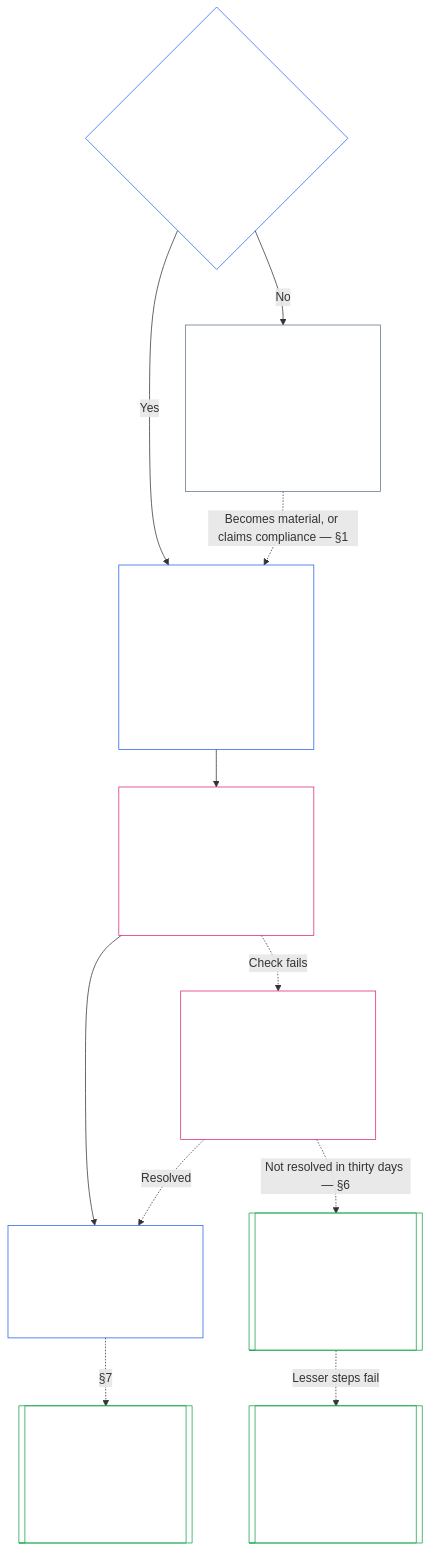
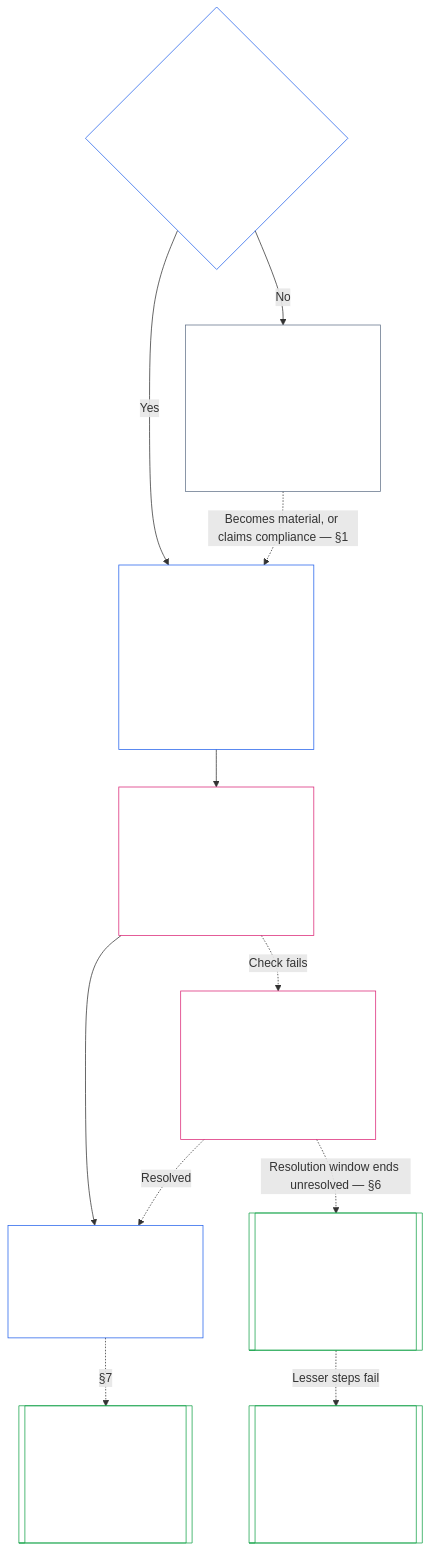
The diagram in core_07_charters.md (kfoelsch/Sentient_Constitution), drawn with Mermaid before and after one commit. The commit also changed other lines of this file and 31 other files, not shown here.

````diff
--- a/core_07_charters.md
+++ b/core_07_charters.md
@@ -176,31 +194,31 @@
 ```mermaid
 flowchart TB
     Q{"Material to others?<br/>Class L or higher — §1<br/><br/>Nobody needs permission to form — §2"}
     C["Publish its System Charter or<br/>Institutional Charter — §3, §4<br/><br/>Purpose, limits, who relies on it,<br/>who changes it, who holds each seat"]
     H["Publish the office-holder statement — §5<br/><br/>Who holds the key offices, who controls<br/>them, how they are rewarded"]
     K["Keep it true — §7<br/><br/>Review on schedule<br/>Fix any mismatch in the open"]
     X[["Chapter Nine — Alignment certification<br/><br/>Checks the scope against real operation<br/><br/>Outside this chapter"]]
     P["Class P: a System Charter or<br/>Institutional Charter is voluntary<br/><br/>Publishing one creates no duty<br/>under this chapter"]
-    F["A holder fails the check — §6<br/><br/>Replace that sentient, not the Chartered Party<br/>A week to answer, thirty days to resolve it"]
+    F["A holder fails the check — §6<br/><br/>Replace that sentient, not the Chartered Party<br/>A short window to answer,<br/>a longer one to resolve it"]
     R[["CI-13 — Consequence review<br/><br/>Lightest step that protects others<br/><br/>Outside this chapter"]]
     E[["CI-13 — Contract below Class L, or dissolve<br/><br/>Dissolution only as a last step<br/><br/>Outside this chapter"]]
     Q -->|"Yes"| C
     Q -->|"No"| P
     P -.->|"Becomes material, or claims compliance — §1"| C
     C --> H
     H --> K
     H -.->|"Check fails"| F
     F -.->|"Resolved"| K
-    F -.->|"Not resolved in thirty days — §6"| R
+    F -.->|"Resolution window ends unresolved — §6"| R
     R -.->|"Lesser steps fail"| E
     K -.->|"§7"| X
     style Q fill:none,stroke:#2563eb,color:#ffffff
     style C fill:none,stroke:#2563eb,color:#ffffff
     style H fill:none,stroke:#db2777,color:#ffffff
     style K fill:none,stroke:#2563eb,color:#ffffff
     style X fill:none,stroke:#16a34a,color:#ffffff
     style P fill:none,stroke:#64748b,color:#ffffff
     style F fill:none,stroke:#db2777,color:#ffffff
     style R fill:none,stroke:#16a34a,color:#ffffff
     style E fill:none,stroke:#16a34a,color:#ffffff
 ```
````
